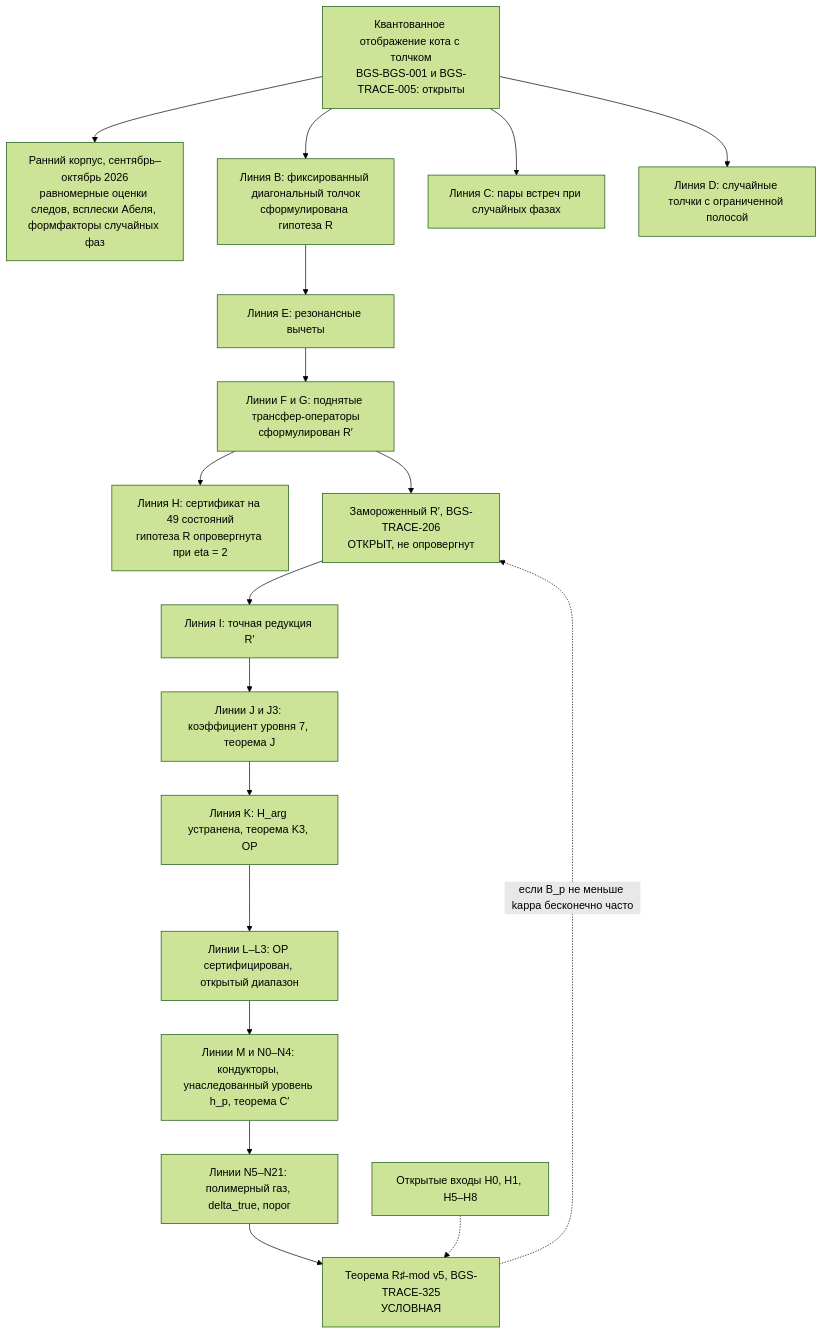
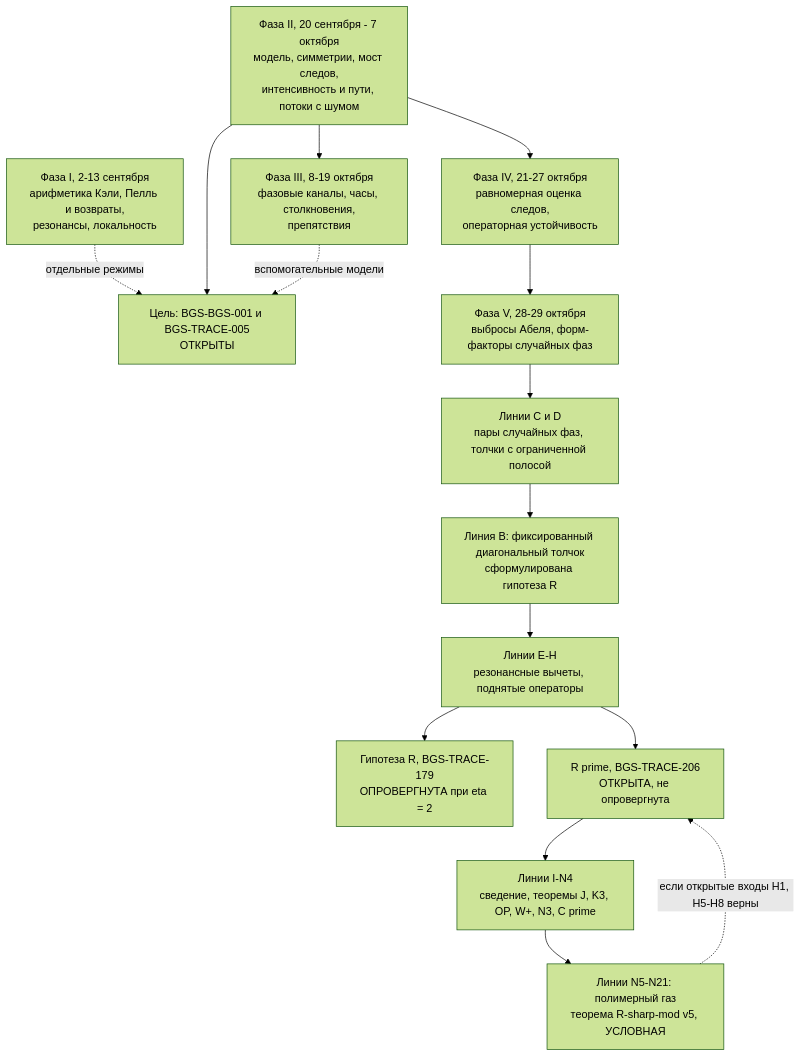
One commit to ChurilovMaksim/BGS changed the diagram in README.ru.md. Above: the diagram before and after it, drawn with Mermaid (forest theme). The commit also changed other lines of this file and 29 other files, not shown here.

````diff
--- a/README.ru.md
+++ b/README.ru.md
@@ -162,29 +290,27 @@
 ```mermaid
 flowchart TD
-  MODEL["Квантованное отображение кота с толчком<br/>BGS-BGS-001 и BGS-TRACE-005: открыты"]
-  EARLY["Ранний корпус, сентябрь–октябрь 2026<br/>равномерные оценки следов, всплески Абеля, формфакторы случайных фаз"]
+  T["Цель: BGS-BGS-001 и BGS-TRACE-005<br/>ОТКРЫТЫ"]
+  P1["Фаза I, 2-13 сентября<br/>арифметика Кэли, Пелль и возвраты,<br/>резонансы, локальность"]
+  P2["Фаза II, 20 сентября - 7 октября<br/>модель, симметрии, мост следов,<br/>интенсивность и пути, потоки с шумом"]
+  P3["Фаза III, 8-19 октября<br/>фазовые каналы, часы, столкновения,<br/>препятствия"]
+  P4["Фаза IV, 21-27 октября<br/>равномерная оценка следов,<br/>операторная устойчивость"]
+  P5["Фаза V, 28-29 октября<br/>выбросы Абеля, форм-факторы случайных фаз"]
+  CD["Линии C и D<br/>пары случайных фаз, толчки с ограниченной полосой"]
   B["Линия B: фиксированный диагональный толчок<br/>сформулирована гипотеза R"]
-  C["Линия C: пары встреч при случайных фазах"]
-  D["Линия D: случайные толчки с ограниченной полосой"]
-  E["Линия E: резонансные вычеты"]
-  FG["Линии F и G: поднятые трансфер-операторы<br/>сформулирован R′"]
-  H["Линия H: сертификат на 49 состояний<br/>гипотеза R опровергнута при eta = 2"]
-  RP["Замороженный R′, BGS-TRACE-206<br/>ОТКРЫТ, не опровергнут"]
-  I["Линия I: точная редукция R′"]
-  J["Линии J и J3: коэффициент уровня 7, теорема J"]
-  K["Линия K: H_arg устранена, теорема K3, OP"]
-  L["Линии L–L3: OP сертифицирован, открытый диапазон"]
-  MN["Линии M и N0–N4: кондукторы, унаследованный уровень h_p, теорема C′"]
-  GAS["Линии N5–N21: полимерный газ, delta_true, порог"]
-  T["Теорема R♯-mod v5, BGS-TRACE-325<br/>УСЛОВНАЯ"]
-  OPEN["Открытые входы H0, H1, H5–H8"]
-  MODEL --> EARLY
-  MODEL --> B
-  MODEL --> C
-  MODEL --> D
-  B --> E --> FG --> H
-  FG --> RP
-  RP --> I --> J --> K --> L --> MN --> GAS --> T
-  OPEN -.-> T
-  T -.->|"если B_p не меньше kappa бесконечно часто"| RP
+  EH["Линии E-H<br/>резонансные вычеты, поднятые операторы"]
+  R["Гипотеза R, BGS-TRACE-179<br/>ОПРОВЕРГНУТА при eta = 2"]
+  RP["R prime, BGS-TRACE-206<br/>ОТКРЫТА, не опровергнута"]
+  IN["Линии I-N4<br/>сведение, теоремы J, K3, OP, W+, N3, C prime"]
+  GAS["Линии N5-N21: полимерный газ<br/>теорема R-sharp-mod v5, УСЛОВНАЯ"]
+  P1 -.->|"отдельные режимы"| T
+  P2 --> T
+  P2 --> P3
+  P2 --> P4
+  P3 -.->|"вспомогательные модели"| T
+  P4 --> P5
+  P5 --> CD --> B
+  B --> EH --> R
+  EH --> RP
+  RP --> IN --> GAS
+  GAS -.->|"если открытые входы H1, H5-H8 верны"| RP
 ```
````
